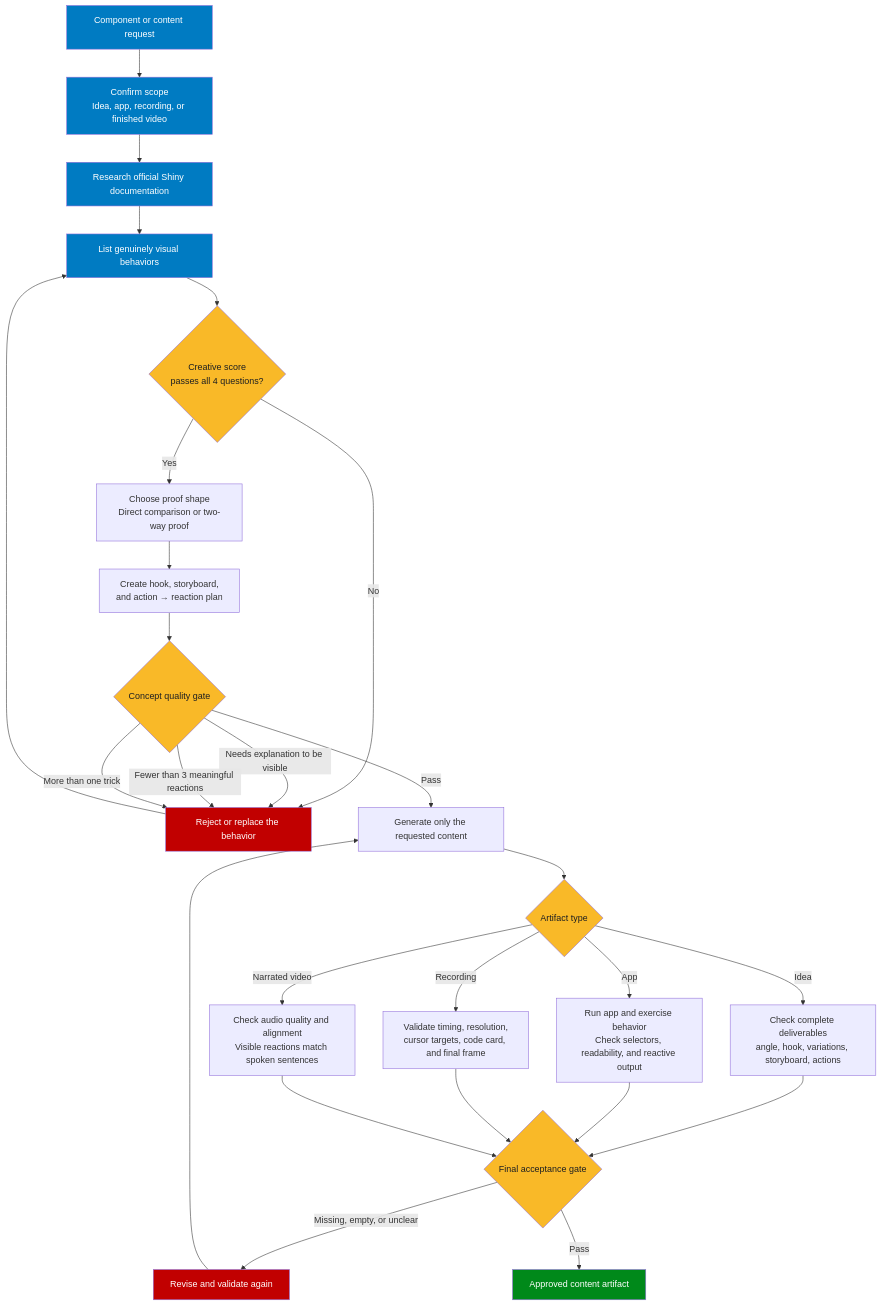
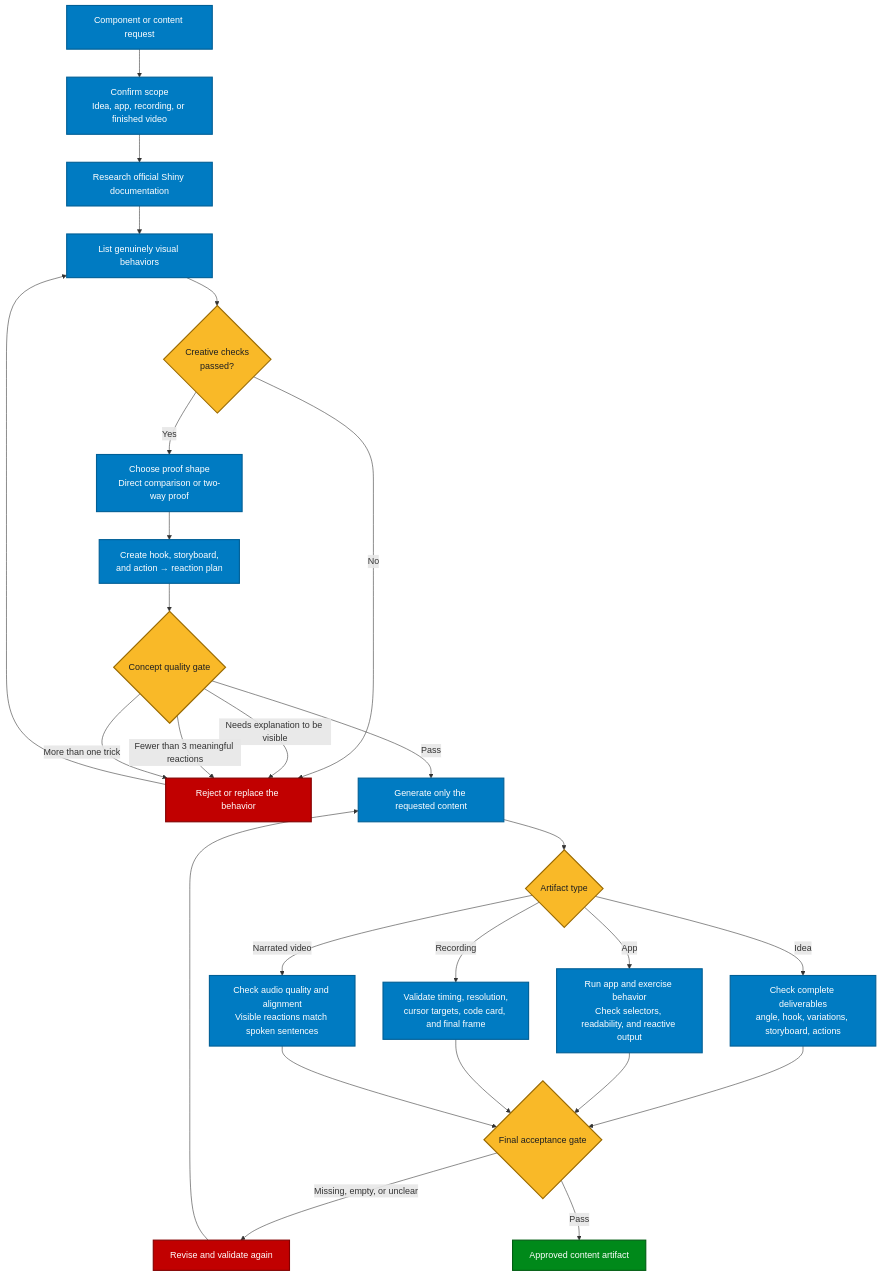
Before and after one commit to karangattu/shiny-component-shorts: the second of 2 diagrams in README.md, drawn with Mermaid.

Commit message:
docs: align the quality-control diagram with the main flowchart
Replace the per-node inline styles with the same classDef color
scheme used by the main flowchart and align the creative-check
decision wording.

````diff
--- a/README.md
+++ b/README.md
@@ -141,47 +141,45 @@
 ```mermaid
 flowchart TD
     A["Component or content request"] --> B["Confirm scope<br/>Idea, app, recording, or finished video"]
     B --> C["Research official Shiny documentation"]
     C --> D["List genuinely visual behaviors"]
 
-    D --> E{"Creative score<br/>passes all 4 questions?"}
+    D --> E{"Creative checks<br/>passed?"}
     E -- "No" --> F["Reject or replace the behavior"]
     F --> D
     E -- "Yes" --> G["Choose proof shape<br/>Direct comparison or two-way proof"]
 
     G --> H["Create hook, storyboard,<br/>and action → reaction plan"]
     H --> I{"Concept quality gate"}
 
     I -- "Needs explanation to be visible" --> F
     I -- "Fewer than 3 meaningful reactions" --> F
     I -- "More than one trick" --> F
     I -- "Pass" --> J["Generate only the requested content"]
 
     J --> K{"Artifact type"}
 
     K -- "Idea" --> L["Check complete deliverables<br/>angle, hook, variations, storyboard, actions"]
     K -- "App" --> M["Run app and exercise behavior<br/>Check selectors, readability, and reactive output"]
     K -- "Recording" --> N["Validate timing, resolution,<br/>cursor targets, code card, and final frame"]
     K -- "Narrated video" --> O["Check audio quality and alignment<br/>Visible reactions match spoken sentences"]
 
     L --> P{"Final acceptance gate"}
     M --> P
     N --> P
     O --> P
 
     P -- "Missing, empty, or unclear" --> Q["Revise and validate again"]
     Q --> J
     P -- "Pass" --> R["Approved content artifact"]
 
-    style A fill:#007BC2,color:#FFFFFF
-    style B fill:#007BC2,color:#FFFFFF
-    style C fill:#007BC2,color:#FFFFFF
-    style D fill:#007BC2,color:#FFFFFF
-    style E fill:#F9B928,color:#1D1F21
-    style I fill:#F9B928,color:#1D1F21
-    style K fill:#F9B928,color:#1D1F21
-    style P fill:#F9B928,color:#1D1F21
-    style F fill:#C10000,color:#FFFFFF
-    style Q fill:#C10000,color:#FFFFFF
-    style R fill:#00891A,color:#FFFFFF
+    classDef process fill:#007BC2,color:#FFFFFF,stroke:#005F96,stroke-width:2px;
+    classDef decision fill:#F9B928,color:#1D1F21,stroke:#9A6A00,stroke-width:2px;
+    classDef reject fill:#C10000,color:#FFFFFF,stroke:#830000,stroke-width:2px;
+    classDef success fill:#00891A,color:#FFFFFF,stroke:#005D12,stroke-width:2px;
+
+    class A,B,C,D,G,H,J,L,M,N,O process;
+    class E,I,K,P decision;
+    class F,Q reject;
+    class R success;
 ```
````
